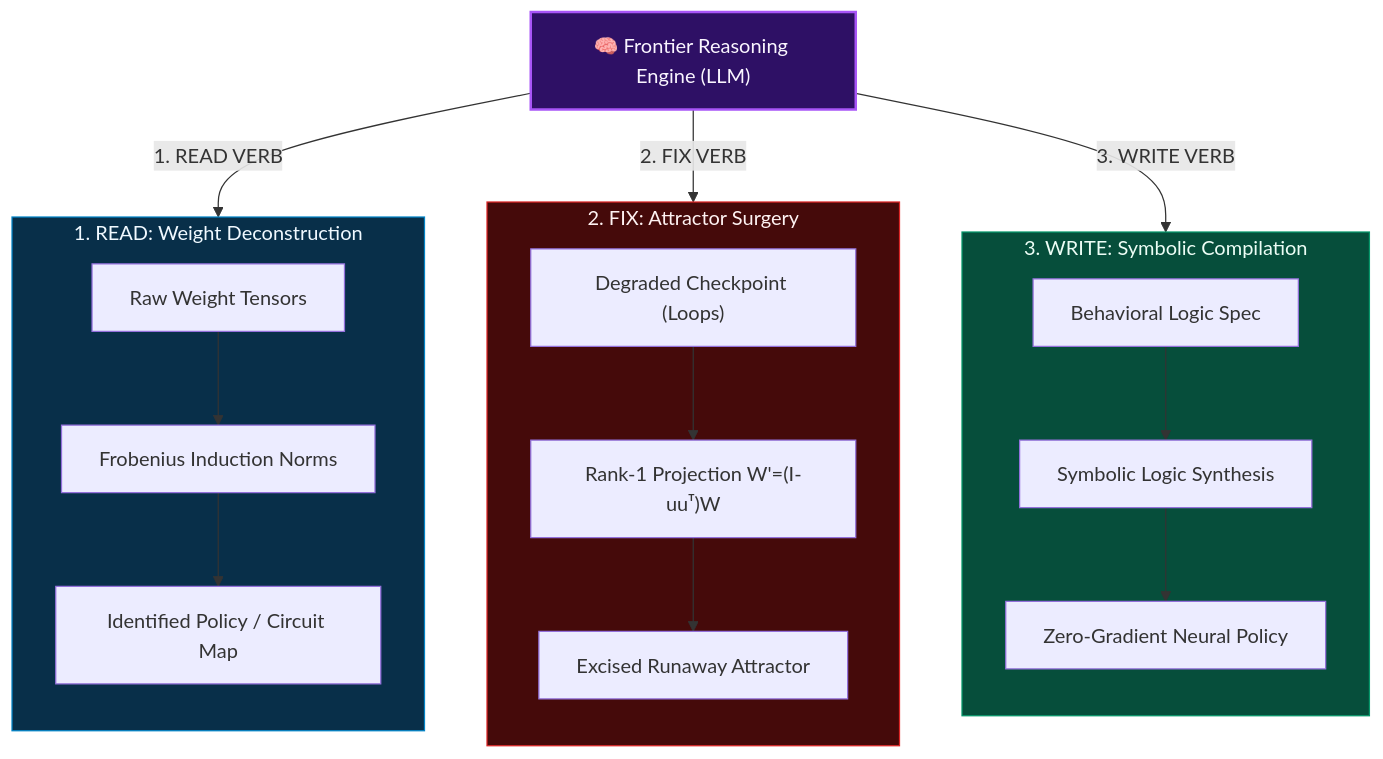
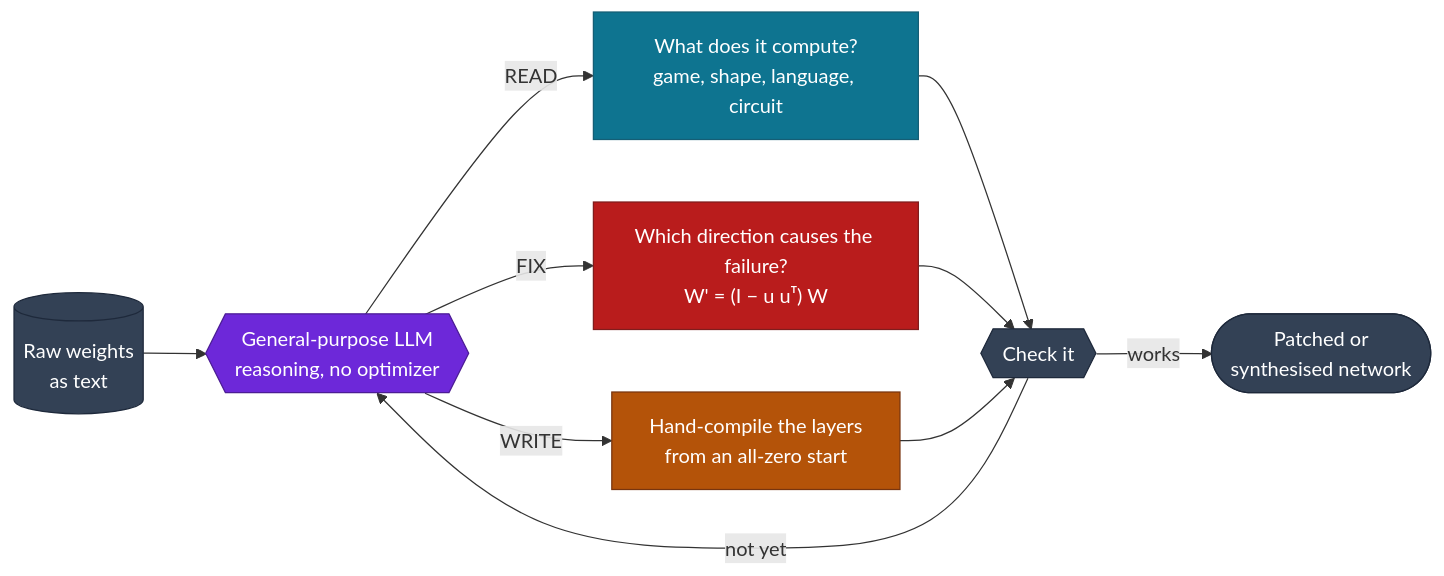
Before and after one commit to Hunterdii/weight-space-programming-explained: the first of 7 diagrams in README.md, drawn with Mermaid. The commit also changed other lines of this file and 18 other files, not shown here.

````diff
--- a/README.md
+++ b/README.md
@@ -219,28 +227,23 @@
 ```mermaid
-flowchart TD
-    LLM["🧠 Frontier Reasoning Engine (LLM)"]
+flowchart LR
+    W[("Raw weights<br/>as text")] --> L{{"General-purpose LLM<br/>reasoning, no optimizer"}}
+    L -->|READ| R["What does it compute?<br/>game, shape, language, circuit"]
+    L -->|FIX| F["Which direction causes the failure?<br/>W' = (I − u uᵀ) W"]
+    L -->|WRITE| X["Hand-compile the layers<br/>from an all-zero start"]
+    R --> V{{"Check it"}}
+    F --> V
+    X --> V
+    V -->|"not yet"| L
+    V -->|"works"| OUT(["Patched or<br/>synthesised network"])
 
-    LLM -->|"1. READ VERB"| R_PIPE
-    LLM -->|"2. FIX VERB"| F_PIPE
-    LLM -->|"3. WRITE VERB"| W_PIPE
-
-    subgraph R_PIPE["1. READ: Weight Deconstruction"]
-        direction TB
-        R1["Raw Weight Tensors"] --> R2["Frobenius Induction Norms"] --> R3["Identified Policy / Circuit Map"]
-    end
-
-    subgraph F_PIPE["2. FIX: Attractor Surgery"]
-        direction TB
-        F1["Degraded Checkpoint (Loops)"] --> F2["Rank-1 Projection W'=(I-uuᵀ)W"] --> F3["Excised Runaway Attractor"]
-    end
-
-    subgraph W_PIPE["3. WRITE: Symbolic Compilation"]
-        direction TB
-        W1["Behavioral Logic Spec"] --> W2["Symbolic Logic Synthesis"] --> W3["Zero-Gradient Neural Policy"]
-    end
-
-    style LLM fill:#2e1065,stroke:#a855f7,stroke-width:2px,color:#faf5ff
-    style R_PIPE fill:#082f49,stroke:#0284c7,stroke-width:1px,color:#f0f9ff
-    style F_PIPE fill:#450a0a,stroke:#dc2626,stroke-width:1px,color:#fef2f2
-    style W_PIPE fill:#064e3b,stroke:#059669,stroke-width:1px,color:#ecfdf5
+    classDef core fill:#6d28d9,stroke:#4c1d95,color:#fff
+    classDef read fill:#0e7490,stroke:#155e75,color:#fff
+    classDef fix fill:#b91c1c,stroke:#7f1d1d,color:#fff
+    classDef write fill:#b45309,stroke:#78350f,color:#fff
+    classDef neutral fill:#334155,stroke:#1e293b,color:#fff
+    class L core
+    class R read
+    class F fix
+    class X write
+    class W,V,OUT neutral
 ```
````
